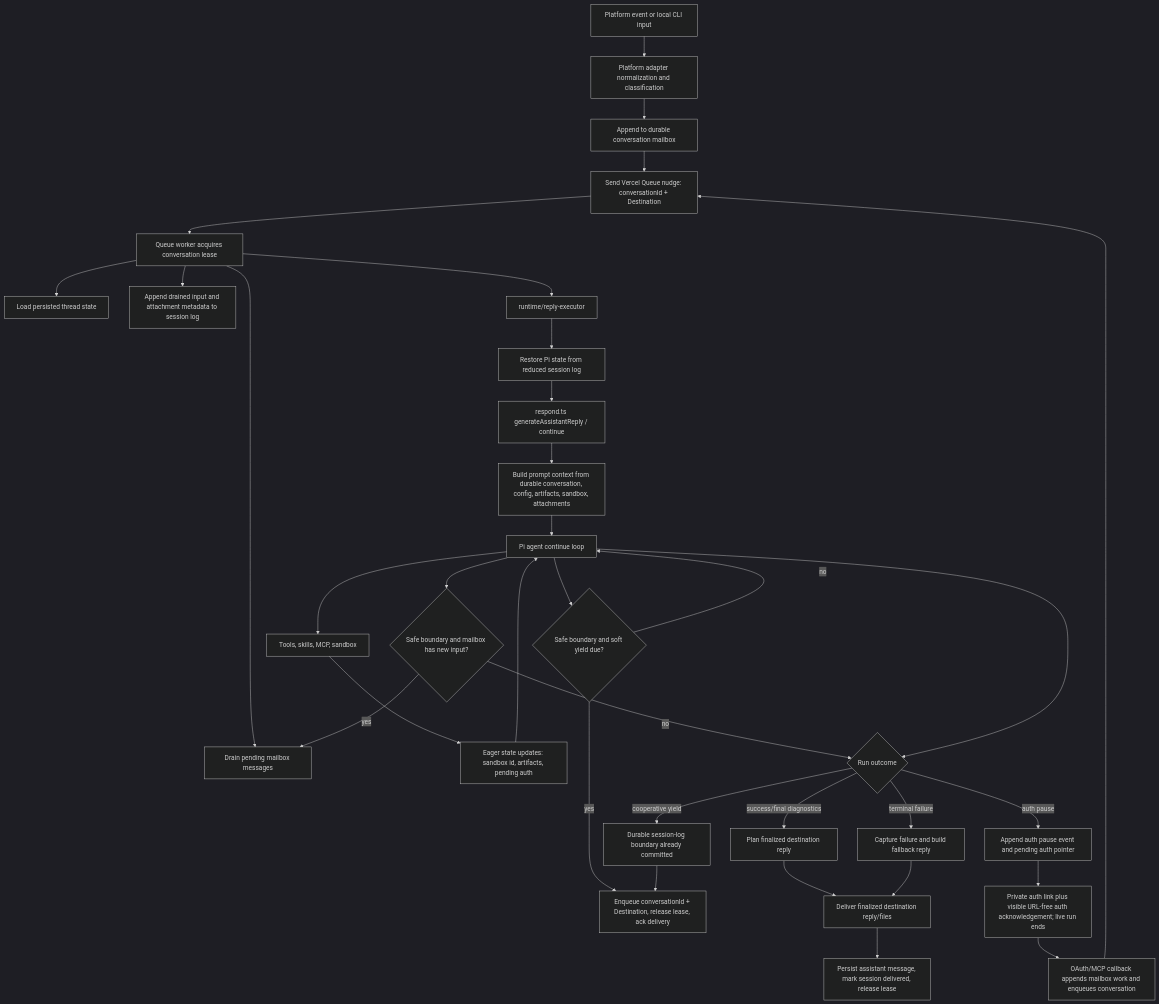
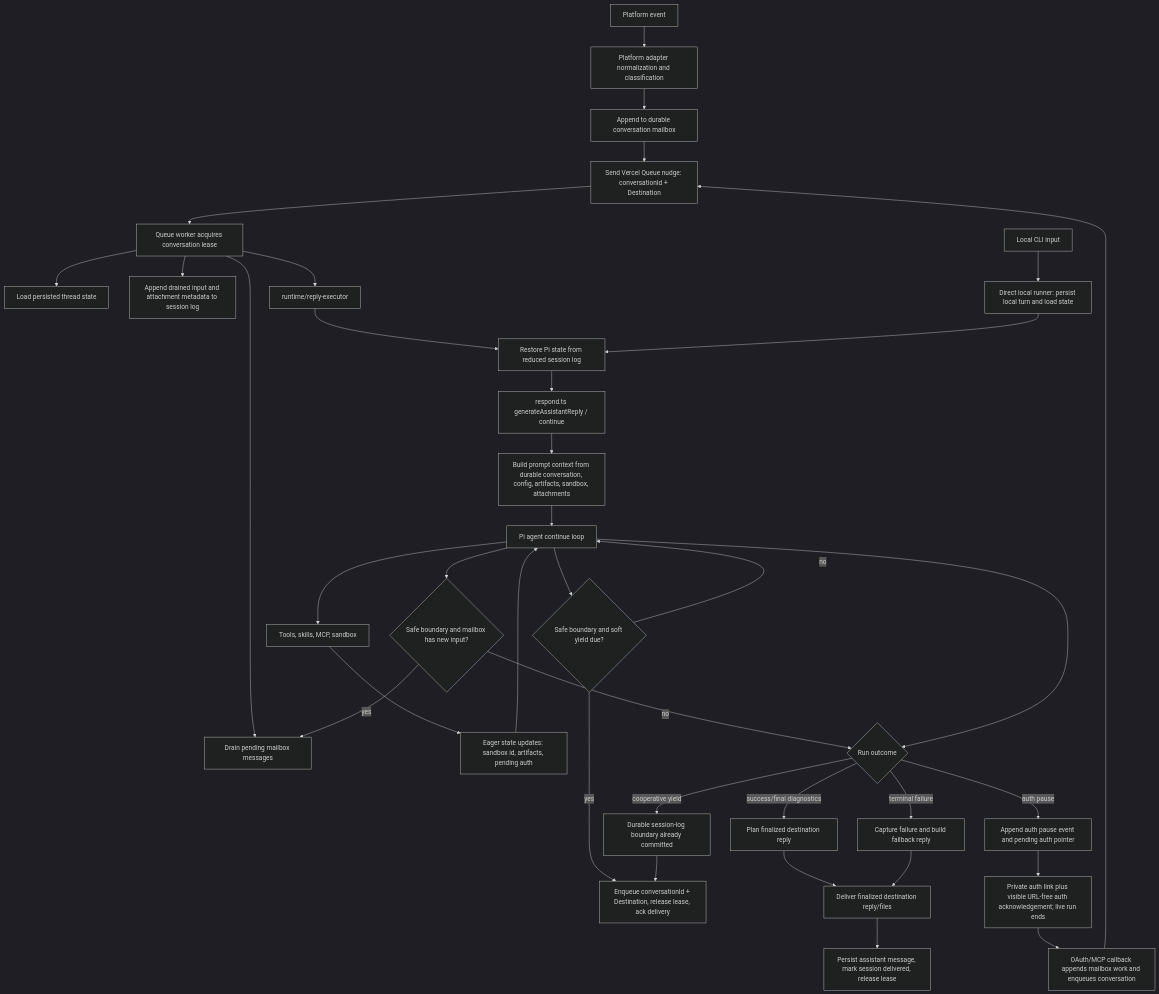
One commit to getsentry/junior changed the diagram in specs/chat-architecture.md. Above: the diagram before and after it, drawn with Mermaid (dark theme). The commit also changed other lines of this file and 5 other files, not shown here.

First line of the commit message:
fix(cli): Tighten local runner boundary

````diff
--- a/specs/chat-architecture.md
+++ b/specs/chat-architecture.md
@@ -41,36 +41,38 @@
 ```mermaid
 flowchart TD
-  A[Platform event or local CLI input] --> B[Platform adapter normalization and classification]
+  A[Platform event] --> B[Platform adapter normalization and classification]
   B --> C[Append to durable conversation mailbox]
   C --> D[Send Vercel Queue nudge: conversationId + Destination]
   D --> E[Queue worker acquires conversation lease]
   E --> E1[Load persisted thread state]
   E --> E2[Drain pending mailbox messages]
   E --> E3[Append drained input and attachment metadata to session log]
   E --> F[runtime/reply-executor]
   F --> G[Restore Pi state from reduced session log]
+  LA[Local CLI input] --> LB[Direct local runner: persist local turn and load state]
+  LB --> G
   G --> J[respond.ts generateAssistantReply / continue]
   J --> K[Build prompt context from durable conversation, config, artifacts, sandbox, attachments]
   K --> L[Pi agent continue loop]
   L --> M[Tools, skills, MCP, sandbox]
   M --> N[Eager state updates: sandbox id, artifacts, pending auth]
   N --> L
   L --> Y{Safe boundary and soft yield due?}
   Y -->|yes| YA[Enqueue conversationId + Destination, release lease, ack delivery]
   Y -->|no| L
   L --> Z{Safe boundary and mailbox has new input?}
   Z -->|yes| E2
   Z -->|no| O
   L --> O{Run outcome}
   O -->|success/final diagnostics| P[Plan finalized destination reply]
   O -->|auth pause| Q[Append auth pause event and pending auth pointer]
   O -->|cooperative yield| R[Durable session-log boundary already committed]
   O -->|terminal failure| S[Capture failure and build fallback reply]
   R --> YA
   Q --> V[Private auth link plus visible URL-free auth acknowledgement; live run ends]
   V --> AB[OAuth/MCP callback appends mailbox work and enqueues conversation]
   P --> W[Deliver finalized destination reply/files]
   S --> W
   W --> X[Persist assistant message, mark session delivered, release lease]
   AB --> D
 ```
````
